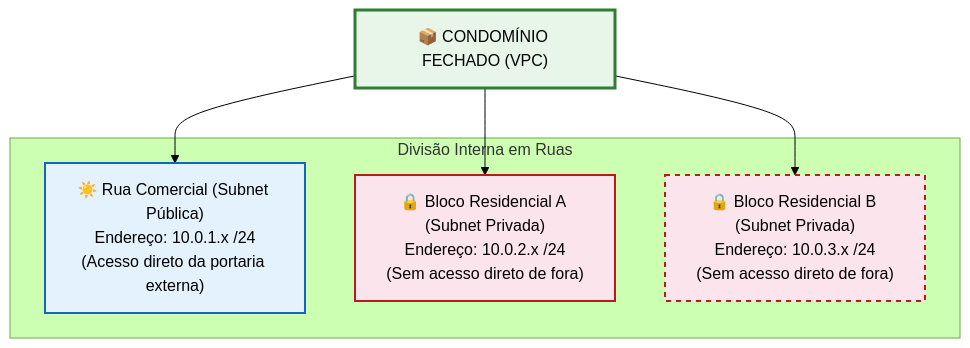
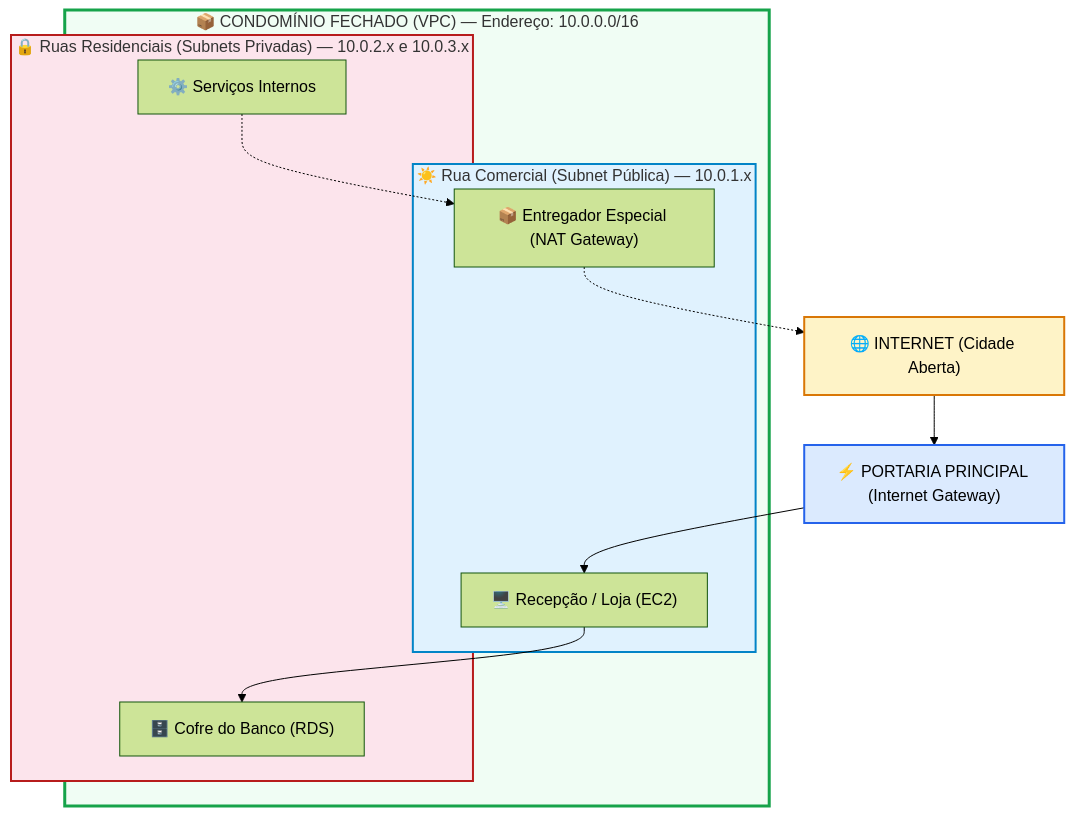
The first of 2 diagrams in content/Aula 13t - Teorica - VPC e Redes na Nuvem.md (rofilho/cloud), drawn with Mermaid (forest theme) before and after one commit. The commit also changed other lines of this file, not shown here.

````diff
--- a/content/Aula 13t - Teorica - VPC e Redes na Nuvem.md
+++ b/content/Aula 13t - Teorica - VPC e Redes na Nuvem.md
@@ -75,19 +94,28 @@
 ```mermaid
 graph TB
-    VPC["📦 CONDOMÍNIO FECHADO (VPC)<nEndereço Geral: 10.0.0.0/16"]
+    INTERNET["🌐 INTERNET (Cidade Aberta)"]
+    PORTARIA["⚡ PORTARIA PRINCIPAL (Internet Gateway)"]
     
-    subgraph Subnets ["Divisão Interna em Ruas"]
-        PUB["☀️ Rua Comercial (Subnet Pública)\nEndereço: 10.0.1.x /24\n(Acesso direto da portaria externa)"]
-        PRV1["🔒 Bloco Residencial A (Subnet Privada)\nEndereço: 10.0.2.x /24\n(Sem acesso direto de fora)"]
-        PRV2["🔒 Bloco Residencial B (Subnet Privada)\nEndereço: 10.0.3.x /24\n(Sem acesso direto de fora)"]
+    subgraph VPC ["📦 CONDOMÍNIO FECHADO (VPC) — Endereço: 10.0.0.0/16"]
+        subgraph PUB ["☀️ Rua Comercial (Subnet Pública) — 10.0.1.x"]
+            EC2["🖥️ Recepção / Loja (EC2)"]
+            NAT["📦 Entregador Especial (NAT Gateway)"]
+        end
+        subgraph PRV ["🔒 Ruas Residenciais (Subnets Privadas) — 10.0.2.x e 10.0.3.x"]
+            RDS["🗄️ Cofre do Banco (RDS)"]
+            APP["⚙️ Serviços Internos"]
+        end
     end
     
-    VPC --> PUB
-    VPC --> PRV1
-    VPC --> PRV2
+    INTERNET --> PORTARIA
+    PORTARIA --> EC2
+    EC2 --> RDS
+    NAT -.-> INTERNET
+    APP -.-> NAT
     
-    style VPC fill:#e8f5e9,stroke:#2e7d32,stroke-width:3px
-    style PUB fill:#e3f2fd,stroke:#1565c0,stroke-width:2px
-    style PRV1 fill:#fce4ec,stroke:#b71c1c,stroke-width:2px
-    style PRV2 fill:#fce4ec,stroke:#b71c1c,stroke-width:2px,stroke-dasharray:5 5
+    style INTERNET fill:#fef3c7,stroke:#d97706,stroke-width:2px
+    style PORTARIA fill:#dbeafe,stroke:#2563eb,stroke-width:2px
+    style VPC fill:#f0fdf4,stroke:#16a34a,stroke-width:3px
+    style PUB fill:#e0f2fe,stroke:#0284c7,stroke-width:2px
+    style PRV fill:#fce4ec,stroke:#b71c1c,stroke-width:2px
 ```
````
